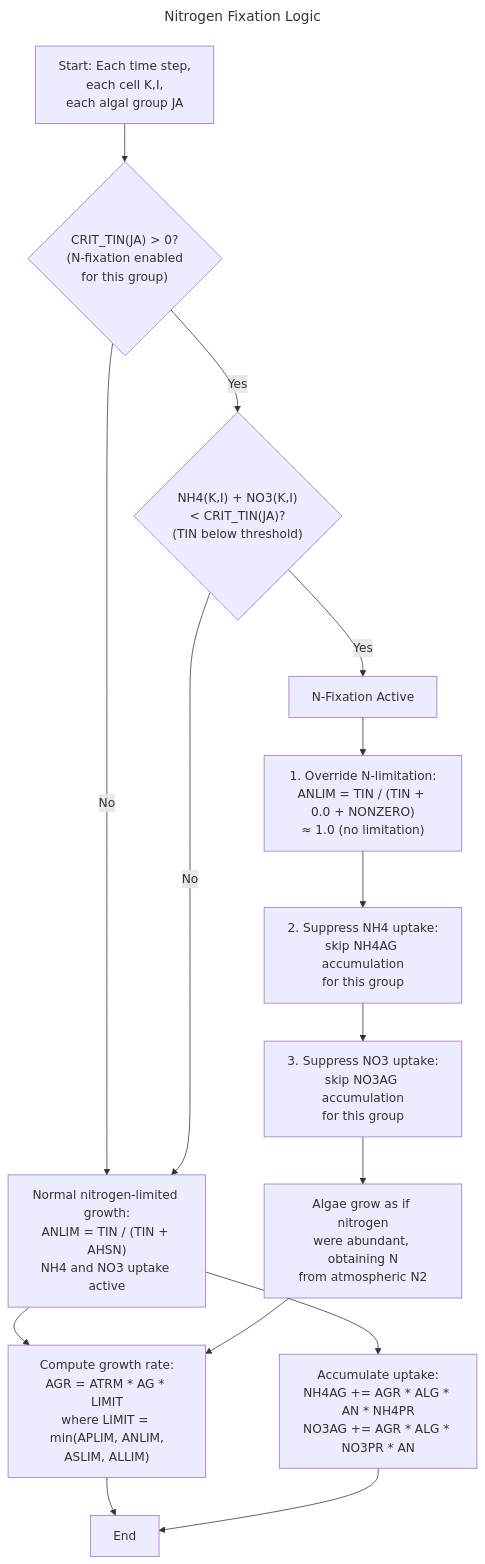
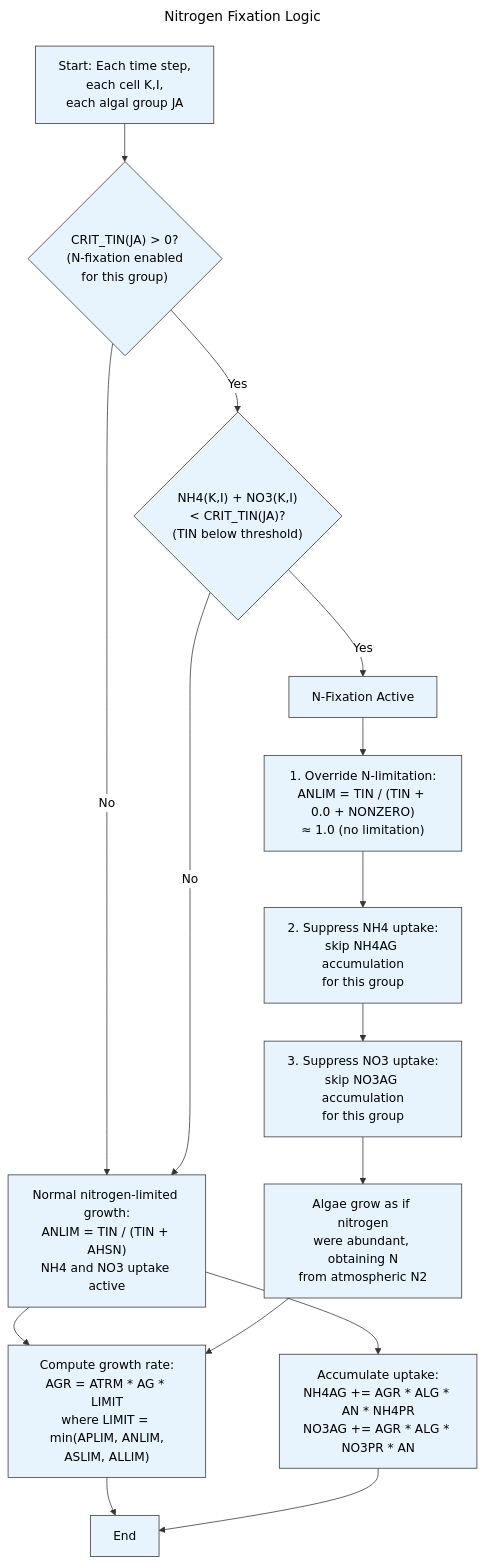
One commit to CE-QUAL-W2-ERDC/ce-qual-w2-erdc.github.io changed the diagram in documentation/hab-modeling-users-manual/nitrogen-fixation.mmd. Above: the diagram before and after it, drawn with Mermaid. The commit also changed 3 other files, not shown here.

First line of the commit message:
Set light theme for Mermaid flowcharts

```diff
--- a/documentation/hab-modeling-users-manual/nitrogen-fixation.mmd
+++ b/documentation/hab-modeling-users-manual/nitrogen-fixation.mmd
@@ -1,23 +1,24 @@
 ---
 title: "Nitrogen Fixation Logic"
 ---
+%%{init: {'theme': 'base', 'themeVariables': {'primaryColor': '#e8f4fd', 'primaryTextColor': '#000000', 'primaryBorderColor': '#333333', 'lineColor': '#333333', 'secondaryColor': '#f0f0f0', 'tertiaryColor': '#ffffff', 'background': '#ffffff', 'mainBkg': '#e8f4fd', 'nodeBorder': '#333333', 'clusterBkg': '#ffffff', 'titleColor': '#000000', 'edgeLabelBackground': '#ffffff'}}}%%
 flowchart TD
     A["Start: Each time step,<br/>each cell K,I,<br/>each algal group JA"] --> B{"CRIT_TIN(JA) > 0?<br/>(N-fixation enabled<br/>for this group)"}
     B -- No --> C["Normal nitrogen-limited growth:<br/>ANLIM = TIN / (TIN + AHSN)<br/>NH4 and NO3 uptake active"]
     B -- Yes --> D{"NH4(K,I) + NO3(K,I)<br/>< CRIT_TIN(JA)?<br/>(TIN below threshold)"}
     D -- No --> C
 
     D -- Yes --> E["N-Fixation Active"]
 
     E --> F["1. Override N-limitation:<br/>ANLIM = TIN / (TIN + 0.0 + NONZERO)<br/>≈ 1.0 (no limitation)"]
     F --> G["2. Suppress NH4 uptake:<br/>skip NH4AG accumulation<br/>for this group"]
     G --> H["3. Suppress NO3 uptake:<br/>skip NO3AG accumulation<br/>for this group"]
     H --> I["Algae grow as if nitrogen<br/>were abundant, obtaining N<br/>from atmospheric N2"]
 
     C --> J["Compute growth rate:<br/>AGR = ATRM * AG * LIMIT<br/>where LIMIT = min(APLIM, ANLIM,<br/>ASLIM, ALLIM)"]
     I --> J
 
     C --> K["Accumulate uptake:<br/>NH4AG += AGR * ALG * AN * NH4PR<br/>NO3AG += AGR * ALG * NO3PR * AN"]
 
     J --> Z["End"]
     K --> Z
```
